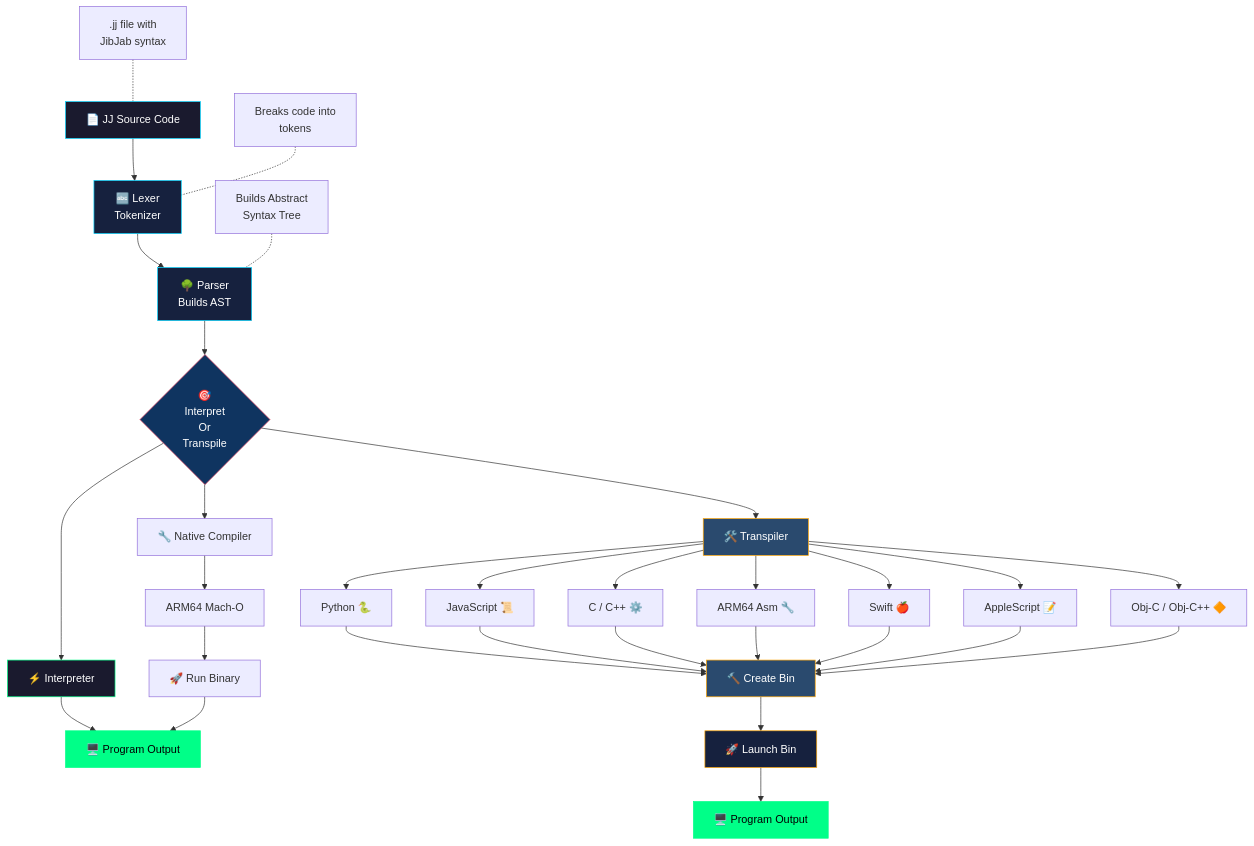
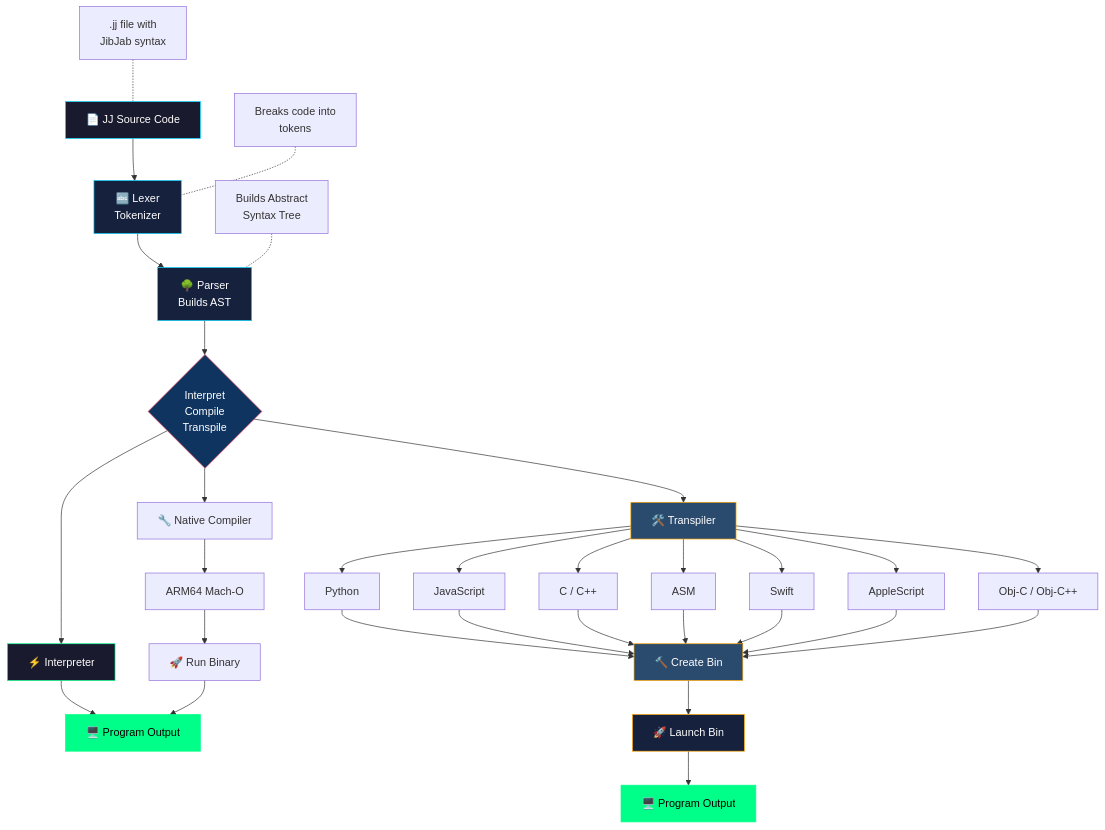
The diagram in README.md (SuperBox64/JibberJabber), drawn with Mermaid before and after one commit.

Commit message:
Update pipeline diagram: simplify labels, remove emojis
- Change decision box to "Interpret/Compile/Transpile"
- Remove emojis from language names
- Change "ARM64 Asm" to "ASM"

````diff
--- a/README.md
+++ b/README.md
@@ -339,49 +339,49 @@
 ```mermaid
 flowchart TD
     A[📄 JJ Source Code] --> B[🔤 Lexer<br>Tokenizer]
     B --> C[🌳 Parser<br>Builds AST]
-    C --> D{🎯<br>Interpret<br>Or<br>Transpile}
+    C --> D{Interpret<br>Compile<br>Transpile}
 
     A1[".jj file with<br>JibJab syntax"] -.- A
     B1["Breaks code into<br>tokens"] -.- B
     C1["Builds Abstract<br>Syntax Tree"] -.- C
 
     D --> E[⚡ Interpreter]
     E --> F[🖥️ Program Output]
 
     D --> N1[🔧 Native Compiler]
     N1 --> N2[ARM64 Mach-O]
     N2 --> N3[🚀 Run Binary]
     N3 --> F
 
     D --> G[🛠️ Transpiler]
-    G --> H[Python 🐍]
-    G --> I[JavaScript 📜]
-    G --> J[C / C++ ⚙️]
-    G --> K[ARM64 Asm 🔧]
-    G --> L[Swift 🍎]
-    G --> P[AppleScript 📝]
-    G --> Q[Obj-C / Obj-C++ 🔶]
+    G --> H[Python]
+    G --> I[JavaScript]
+    G --> J[C / C++]
+    G --> K[ASM]
+    G --> L[Swift]
+    G --> P[AppleScript]
+    G --> Q[Obj-C / Obj-C++]
 
     H --> M[🔨 Create Bin]
     I --> M
     J --> M
     K --> M
     L --> M
     P --> M
     Q --> M
     M --> N[🚀 Launch Bin]
     N --> O[🖥️ Program Output]
 
     style M fill:#2a4a6e,stroke:#ffa500,color:#fff
     style N fill:#16213e,stroke:#ffa500,color:#fff
     style O fill:#00ff88,stroke:#00ff88,color:#000
 
     style A fill:#1a1a2e,stroke:#00d4ff,color:#fff
     style B fill:#16213e,stroke:#00d4ff,color:#fff
     style C fill:#16213e,stroke:#00d4ff,color:#fff
     style D fill:#0f3460,stroke:#e94560,color:#fff
     style E fill:#1a1a2e,stroke:#00ff88,color:#fff
     style F fill:#00ff88,stroke:#00ff88,color:#000
     style G fill:#2a4a6e,stroke:#ffa500,color:#fff
 ```
````
